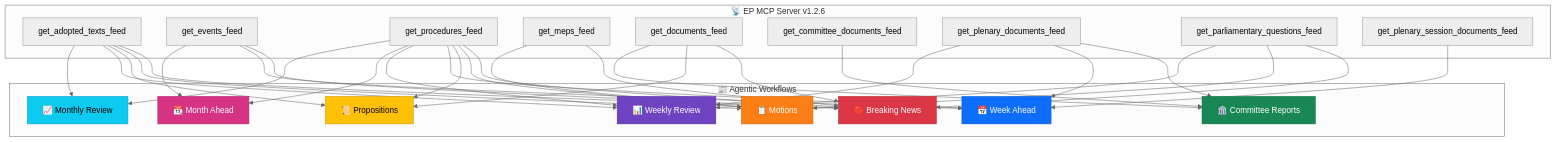
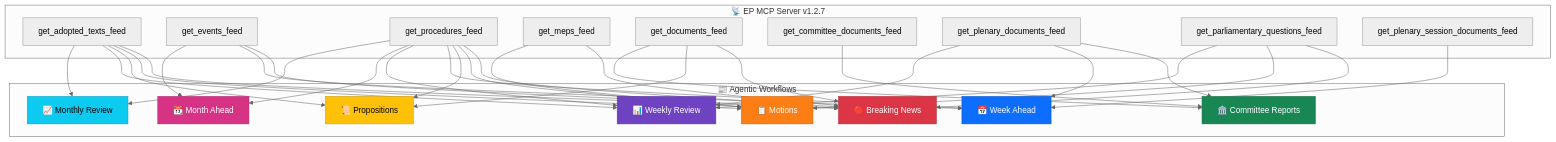
Before and after one commit to Hack23/euparliamentmonitor: the fifth of 7 diagrams in analysis/README.md, drawn with Mermaid (neutral theme). The commit also changed 66 other files, not shown here.

First line of the commit message:
Bump EP MCP server 1.2.6→1.2.7 across all config, workflows, docs; fix tool parameter mappings for v1.2.7 API

````diff
--- a/analysis/README.md
+++ b/analysis/README.md
@@ -497,44 +497,44 @@
 ```mermaid
 flowchart TD
-    subgraph "📡 EP MCP Server v1.2.6"
+    subgraph "📡 EP MCP Server v1.2.7"
         F1["get_adopted_texts_feed"]
         F2["get_events_feed"]
         F3["get_procedures_feed"]
         F4["get_meps_feed"]
         F5["get_documents_feed"]
         F6["get_committee_documents_feed"]
         F7["get_plenary_documents_feed"]
         F8["get_parliamentary_questions_feed"]
         F9["get_plenary_session_documents_feed"]
     end
 
     subgraph "📰 Agentic Workflows"
         W1["🔴 Breaking News"]
         W2["📋 Motions"]
         W3["📜 Propositions"]
         W4["🏛️ Committee Reports"]
         W5["📅 Week Ahead"]
         W6["📊 Weekly Review"]
         W7["📆 Month Ahead"]
         W8["📈 Monthly Review"]
     end
 
     F1 --> W1 & W2 & W3 & W6 & W8
     F2 --> W1 & W5 & W7
     F3 --> W1 & W2 & W3 & W5 & W6 & W7 & W8
     F4 --> W1 & W2
     F5 --> W1 & W3 & W4
     F6 --> W4
     F7 --> W4 & W5 & W6
     F8 --> W1 & W2 & W6
     F9 --> W5
 
     style W1 fill:#dc3545,stroke:#b02a37,color:#fff
     style W2 fill:#fd7e14,stroke:#ca6510,color:#fff
     style W3 fill:#ffc107,stroke:#cc9a06,color:#000
     style W4 fill:#198754,stroke:#146c43,color:#fff
     style W5 fill:#0d6efd,stroke:#0a58ca,color:#fff
     style W6 fill:#6f42c1,stroke:#59359a,color:#fff
     style W7 fill:#d63384,stroke:#ab296a,color:#fff
     style W8 fill:#0dcaf0,stroke:#0aa2c0,color:#000
 ```
````
